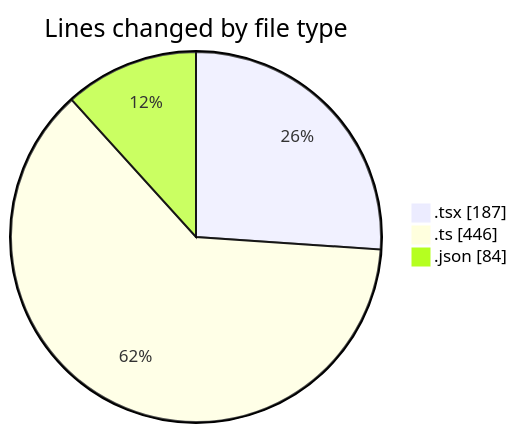
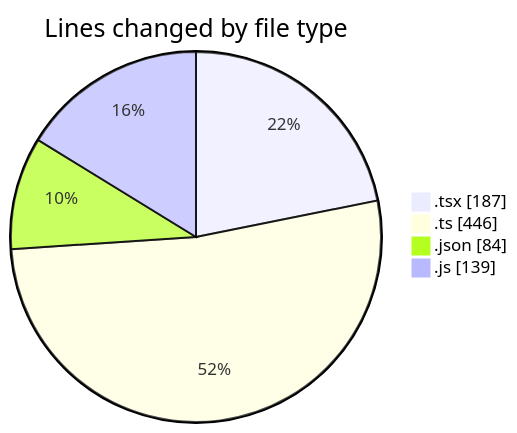
One commit to momahboobian/code-tracking changed the first of 2 diagrams in 2026-03-30/cda/README.md. Above: the diagram before and after it, drawn with Mermaid. The commit also changed other lines of this file and 1 other file, not shown here.

````diff
--- a/2026-03-30/cda/README.md
+++ b/2026-03-30/cda/README.md
@@ -22,7 +23,8 @@
 ```mermaid
 pie showData
 title Lines changed by file type
 ".tsx" : 187
 ".ts" : 446
 ".json" : 84
+".js" : 139
 ```
````
